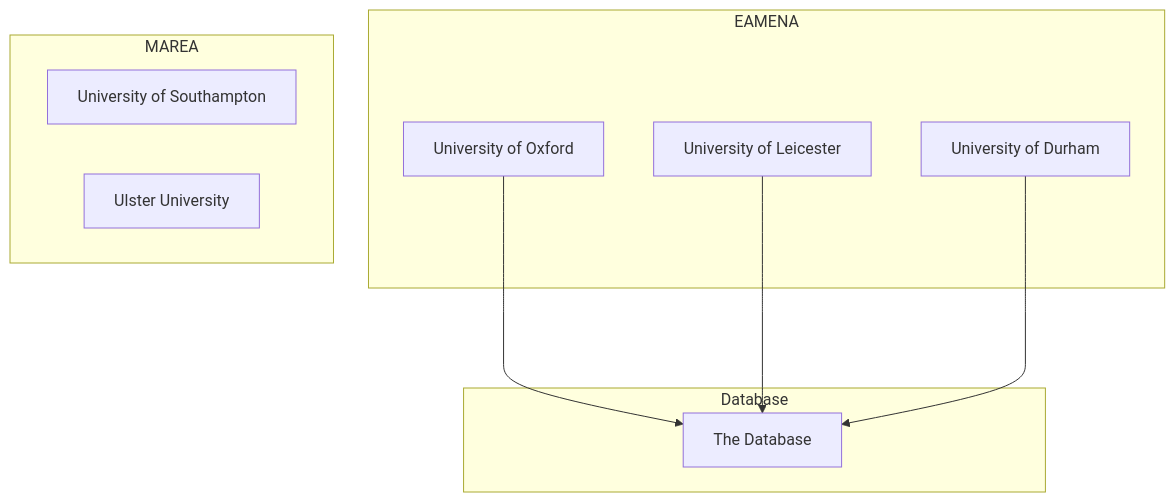
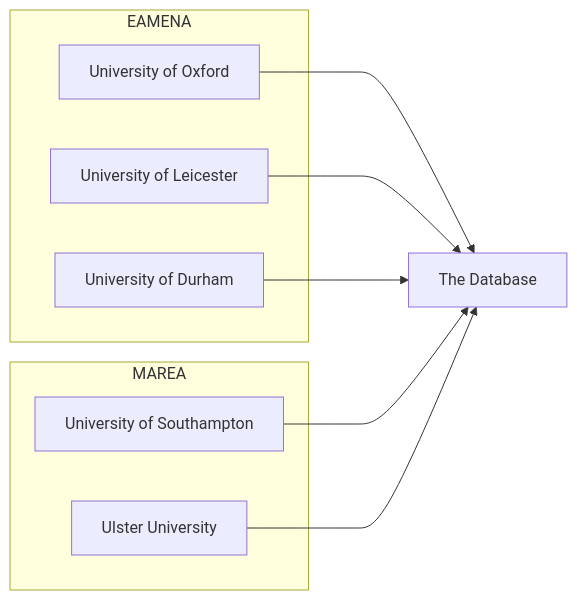
The diagram in temp/README.md (eamena-project/eamena-arches-dev), drawn with Mermaid before and after one commit.

````diff
--- a/temp/README.md
+++ b/temp/README.md
@@ -1,20 +1,19 @@
 ```mermaid
-flowchart
+flowchart LR
   subgraph EAMENA
 	id1[University of Oxford]
 	id2[University of Leicester]
 	id3[University of Durham]
   end
   id1 ---> id6[The Database]
   id2 ---> id6
   id3 ---> id6
   subgraph MAREA
     id4[University of Southampton]
 	id5[Ulster University]
   end
-  subgraph Database
-	id6
-  end
+  id4 ---> id6
+  id5 ---> id6
 
   click id1 "https://github.com/eamena-project/eamena-arches-dev/tree/main/dbs/database.eamena/data/reference_data#erd" _blank
 ```
````
